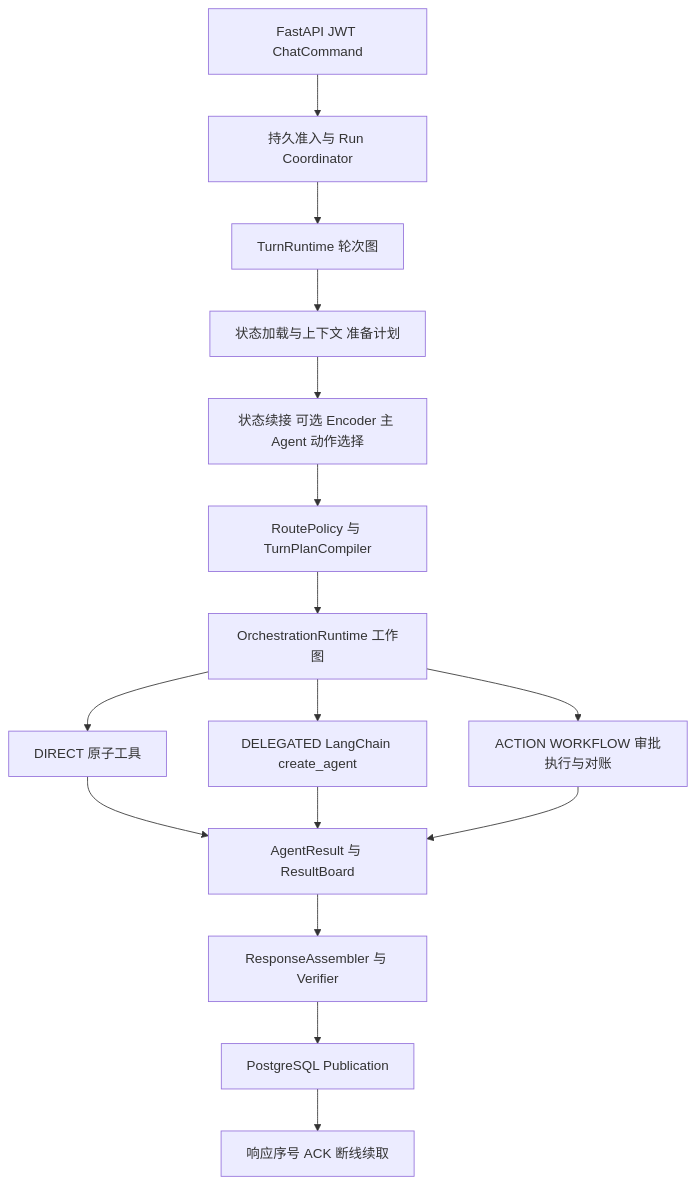
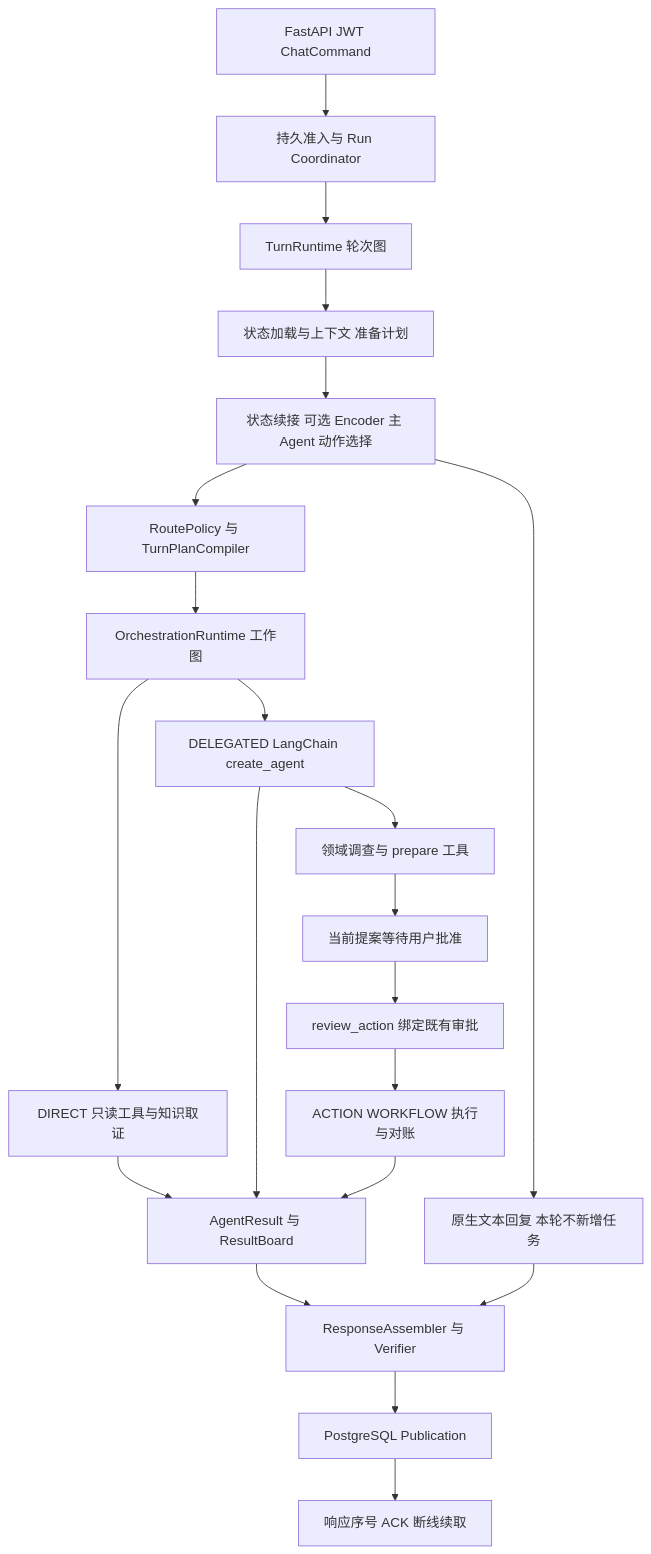
One commit to Garrulus21yyx/DialogPilot changed the diagram in docs/_includes/architecture-handbook-current.md. Above: the diagram before and after it, drawn with Mermaid. The commit also changed other lines of this file and 16 other files, not shown here.

Commit message:
docs: align architecture handbook with scoped conversation planning

````diff
--- a/docs/_includes/architecture-handbook-current.md
+++ b/docs/_includes/architecture-handbook-current.md
@@ -57,18 +60,23 @@
 ```mermaid
 flowchart TD
   HTTP[FastAPI JWT ChatCommand] --> RUN[持久准入与 Run Coordinator]
   RUN --> TURN[TurnRuntime 轮次图]
   TURN --> PREP[状态加载与上下文 准备计划]
   PREP --> UNDER[状态续接 可选 Encoder 主 Agent 动作选择]
+  UNDER --> TEXT[原生文本回复 本轮不新增任务]
   UNDER --> POLICY[RoutePolicy 与 TurnPlanCompiler]
   POLICY --> WORK[OrchestrationRuntime 工作图]
-  WORK --> DIRECT[DIRECT 原子工具]
+  WORK --> DIRECT[DIRECT 只读工具与知识取证]
   WORK --> DOMAIN[DELEGATED LangChain create_agent]
-  WORK --> WRITE[ACTION WORKFLOW 审批执行与对账]
+  DOMAIN --> PREPARE[领域调查与 prepare 工具]
+  PREPARE --> WAIT[当前提案等待用户批准]
+  WAIT --> DECISION[review_action 绑定既有审批]
+  DECISION --> WRITE[ACTION WORKFLOW 执行与对账]
   DIRECT --> BOARD[AgentResult 与 ResultBoard]
   DOMAIN --> BOARD
   WRITE --> BOARD
   BOARD --> RESPONSE[ResponseAssembler 与 Verifier]
+  TEXT --> RESPONSE
   RESPONSE --> PUB[PostgreSQL Publication]
   PUB --> ACK[响应序号 ACK 断线续取]
 ```
````
